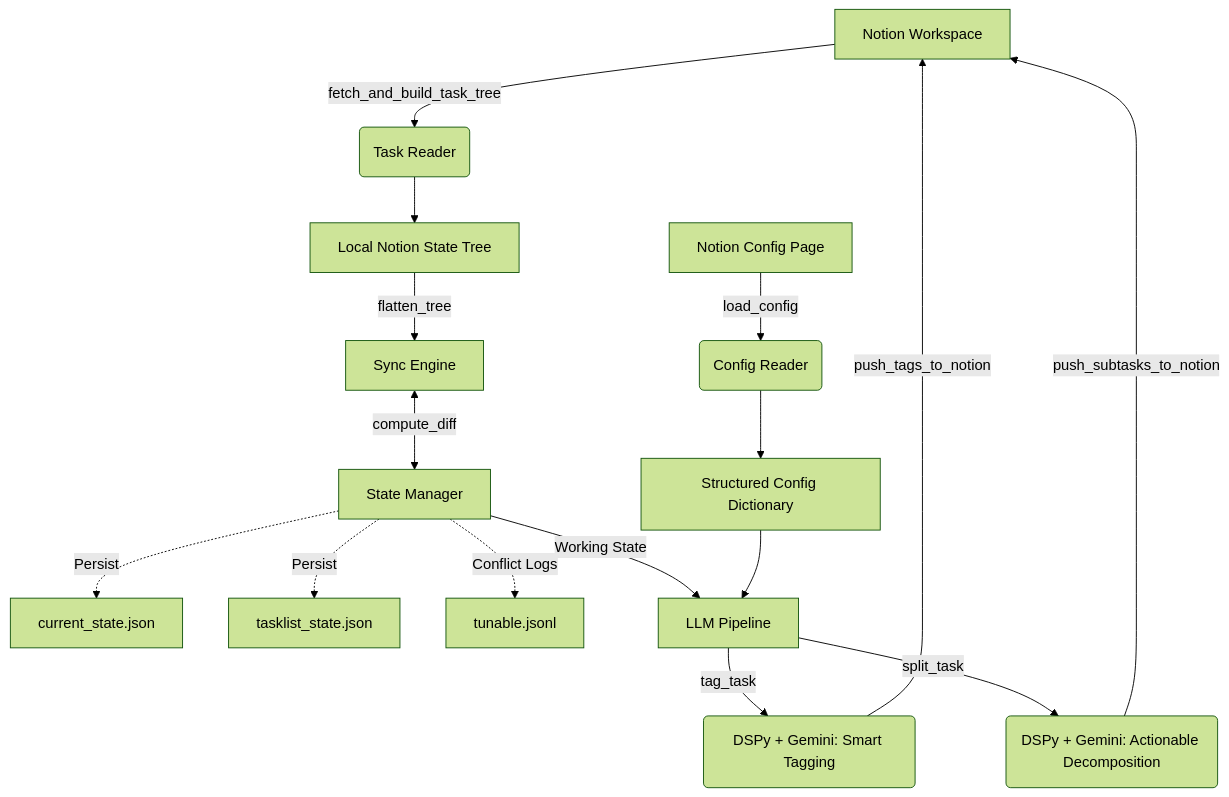
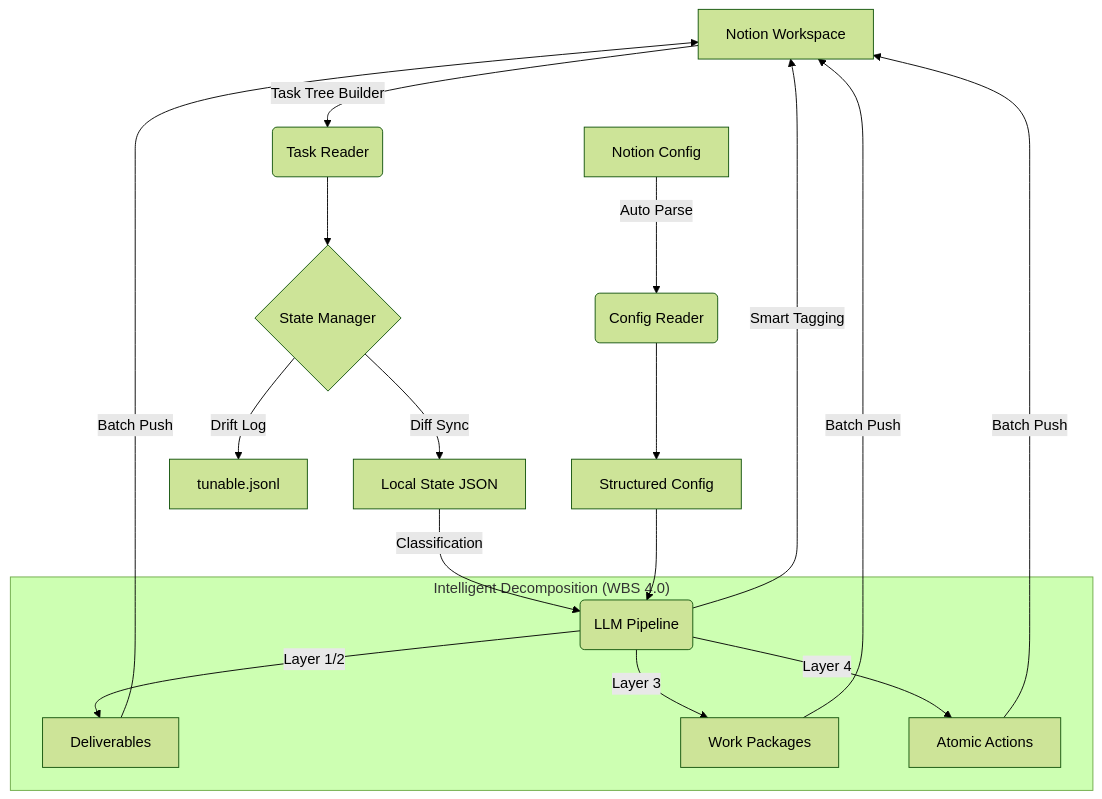
Before and after one commit to alandelone/yonc_agent: the diagram in README.md, drawn with Mermaid (forest theme). The commit also changed other lines of this file and 20 other files, not shown here.

````diff
--- a/README.md
+++ b/README.md
@@ -15,23 +15,23 @@
 ```mermaid
 graph TD
-    A[Notion Workspace] -->|fetch_and_build_task_tree| B(Task Reader)
-    B --> C[Local Notion State Tree]
-    C -->|flatten_tree| D[Sync Engine]
+    A[Notion Workspace] -->|Task Tree Builder| B(Task Reader)
+    B --> C{State Manager}
     
-    E[Notion Config Page] -->|load_config| F(Config Reader)
-    F --> G[Structured Config Dictionary]
+    C -->|Diff Sync| D[Local State JSON]
+    C -->|Drift Log| E[tunable.jsonl]
     
-    D <-->|compute_diff| H[State Manager]
-    H -.->|Persist| I[current_state.json]
-    H -.->|Persist| J[tasklist_state.json]
-    H -.->|Conflict Logs| K[tunable.jsonl]
+    F[Notion Config] -->|Auto Parse| G(Config Reader)
+    G --> H[Structured Config]
     
-    H -->|Working State| L[LLM Pipeline]
-    G --> L
+    D -->|Classification| I(LLM Pipeline)
+    H --> I
     
-    L -->|tag_task| M(DSPy + Gemini: Smart Tagging)
-    L -->|split_task| N(DSPy + Gemini: Actionable Decomposition)
+    subgraph "Intelligent Decomposition (WBS 4.0)"
+    I -->|Layer 1/2| J[Deliverables]
+    I -->|Layer 3| K[Work Packages]
+    I -->|Layer 4| L[Atomic Actions]
+    end
     
-    M -->|push_tags_to_notion| A
-    N -->|push_subtasks_to_notion| A
+    J & K & L -->|Batch Push| A
+    I -->|Smart Tagging| A
 ```
````
